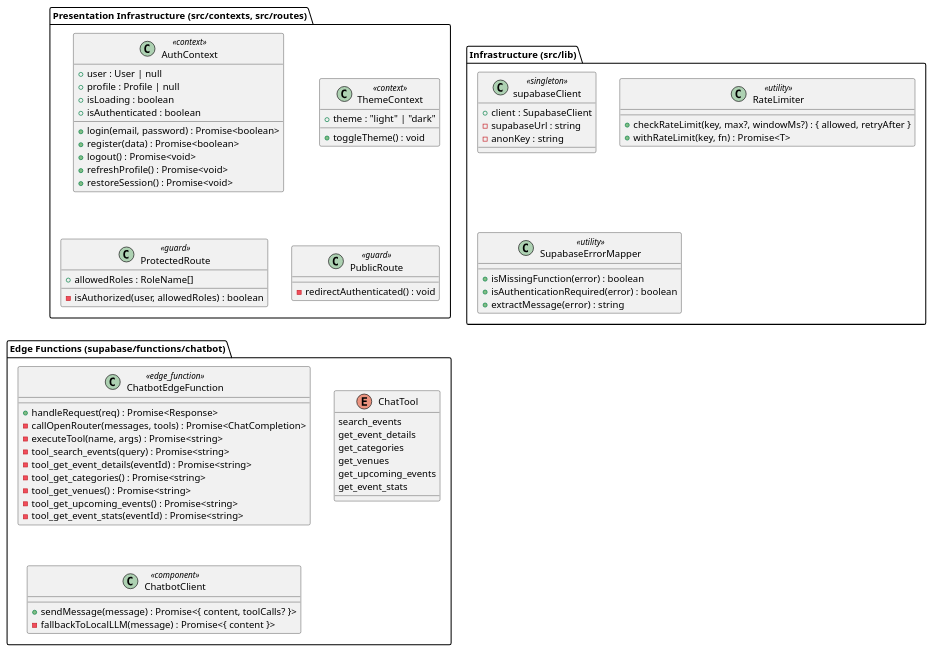
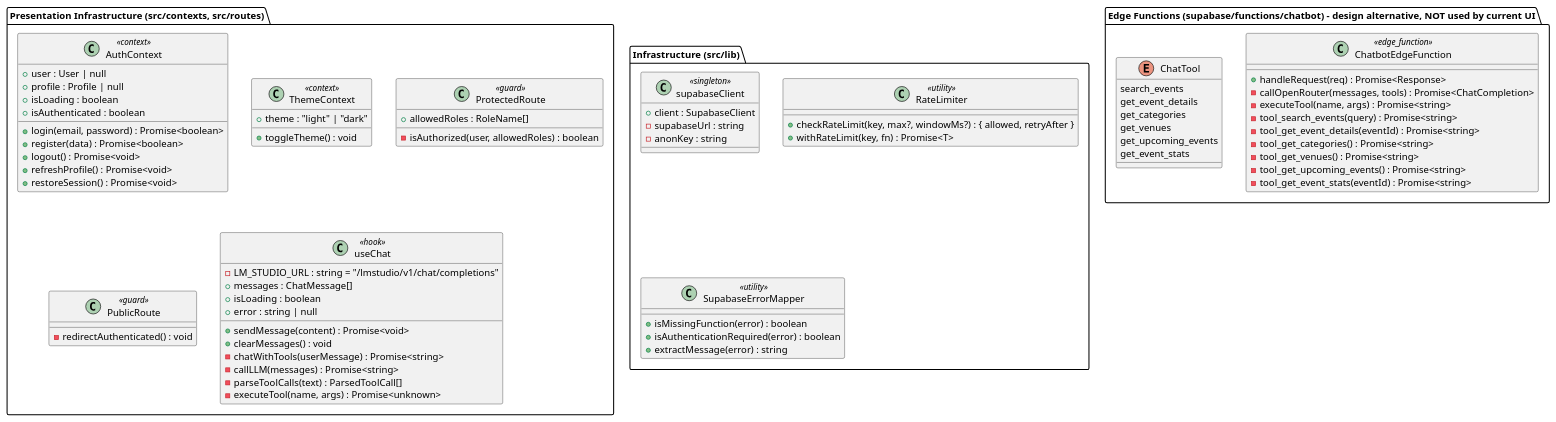
Before and after one commit to Mo-CS/event_flow: the diagram in uml-exhaustive/02_class_platform.puml, drawn with PlantUML. The commit also changed 163 other files, not shown here.

First line of the commit message:
docs: document the new modules, UML deliverables, and i18n guide

```diff
--- a/uml-exhaustive/02_class_platform.puml
+++ b/uml-exhaustive/02_class_platform.puml
@@ -1,71 +1,81 @@
 ' ============================================================================
 ' PART 3/3 - PRESENTATION INFRA + PLATFORM (included by 02_class.puml)
-' Sources: src/contexts, src/routes, src/lib, supabase/functions/chatbot
+' Sources: src/contexts, src/routes, src/lib, src/components/chat/useChat.ts,
+'          supabase/functions/chatbot (design alternative - NOT used by current UI)
+' ACTUAL chatbot path: useChat.ts -> LM Studio (local) + Supabase REST from the browser.
 ' ============================================================================
 package "Presentation Infrastructure (src/contexts, src/routes)" as P_PRESENT {
   class AuthContext <<context>> {
     + user : User | null
     + profile : Profile | null
     + isLoading : boolean
     + isAuthenticated : boolean
     + login(email, password) : Promise<boolean>
     + register(data) : Promise<boolean>
     + logout() : Promise<void>
     + refreshProfile() : Promise<void>
     + restoreSession() : Promise<void>
   }
   class ThemeContext <<context>> {
     + theme : "light" | "dark"
     + toggleTheme() : void
   }
   class ProtectedRoute <<guard>> {
     + allowedRoles : RoleName[]
     - isAuthorized(user, allowedRoles) : boolean
   }
   class PublicRoute <<guard>> {
     - redirectAuthenticated() : void
   }
+  class useChat <<hook>> {
+    - LM_STUDIO_URL : string = "/lmstudio/v1/chat/completions"
+    + messages : ChatMessage[]
+    + isLoading : boolean
+    + error : string | null
+    + sendMessage(content) : Promise<void>
+    + clearMessages() : void
+    - chatWithTools(userMessage) : Promise<string>
+    - callLLM(messages) : Promise<string>
+    - parseToolCalls(text) : ParsedToolCall[]
+    - executeTool(name, args) : Promise<unknown>
+  }
 }
 
 package "Infrastructure (src/lib)" as P_LIB {
   class supabaseClient <<singleton>> {
     + client : SupabaseClient
     - supabaseUrl : string
     - anonKey : string
   }
   class RateLimiter <<utility>> {
     + checkRateLimit(key, max?, windowMs?) : { allowed, retryAfter }
     + withRateLimit(key, fn) : Promise<T>
   }
   class SupabaseErrorMapper <<utility>> {
     + isMissingFunction(error) : boolean
     + isAuthenticationRequired(error) : boolean
     + extractMessage(error) : string
   }
 }
 
-package "Edge Functions (supabase/functions/chatbot)" as P_EDGE {
+package "Edge Functions (supabase/functions/chatbot) - design alternative, NOT used by current UI" as P_EDGE {
   class ChatbotEdgeFunction <<edge_function>> {
     + handleRequest(req) : Promise<Response>
     - callOpenRouter(messages, tools) : Promise<ChatCompletion>
     - executeTool(name, args) : Promise<string>
     - tool_search_events(query) : Promise<string>
     - tool_get_event_details(eventId) : Promise<string>
     - tool_get_categories() : Promise<string>
     - tool_get_venues() : Promise<string>
     - tool_get_upcoming_events() : Promise<string>
     - tool_get_event_stats(eventId) : Promise<string>
   }
   enum ChatTool {
     search_events
     get_event_details
     get_categories
     get_venues
     get_upcoming_events
     get_event_stats
   }
-  class ChatbotClient <<component>> {
-    + sendMessage(message) : Promise<{ content, toolCalls? }>
-    - fallbackToLocalLLM(message) : Promise<{ content }>
-  }
 }
```
